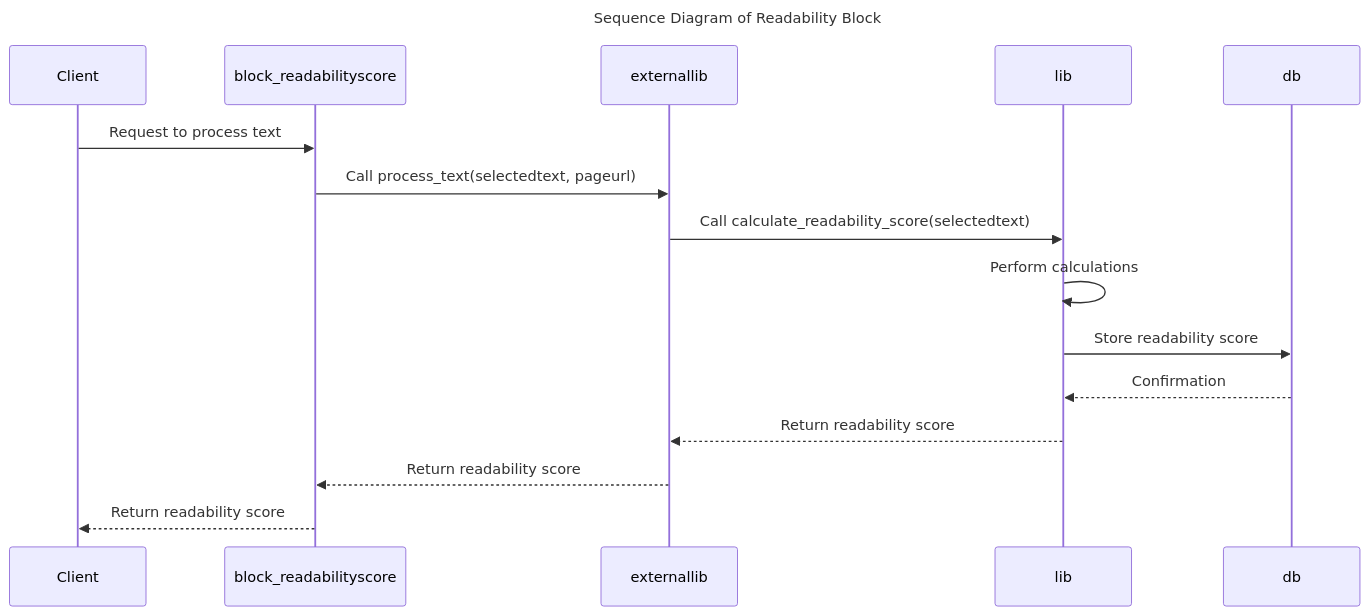
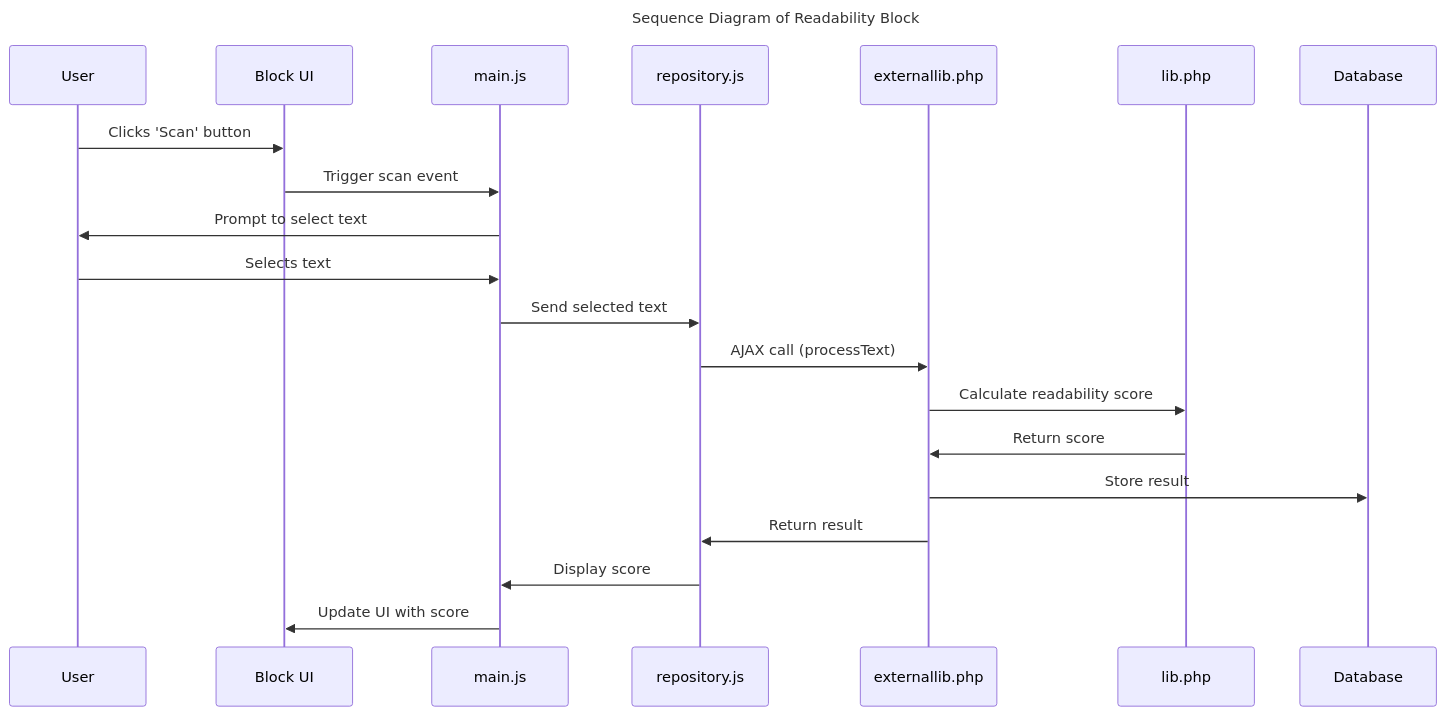
Before and after one commit to anrichp/Computing-Project-2024: the third of 6 diagrams in README.md, drawn with Mermaid. The commit also changed other lines of this file, not shown here.

Commit message:
update sequence and class diagram

````diff
--- a/README.md
+++ b/README.md
@@ -105,21 +123,26 @@
 ```mermaid
 ---
 title: Sequence Diagram of Readability Block
 ---
 sequenceDiagram
-    participant Client
-    participant block_readabilityscore
-    participant externallib
-    participant lib
-    participant db
+    participant User
+    participant Block UI
+    participant main.js
+    participant repository.js
+    participant externallib.php
+    participant lib.php
+    participant Database
 
-    Client ->> block_readabilityscore: Request to process text
-    block_readabilityscore ->> externallib: Call process_text(selectedtext, pageurl)
-    externallib ->> lib: Call calculate_readability_score(selectedtext)
-    lib ->> lib: Perform calculations
-    lib ->> db: Store readability score
-    db -->> lib: Confirmation
-    lib -->> externallib: Return readability score
-    externallib -->> block_readabilityscore: Return readability score
-    block_readabilityscore -->> Client: Return readability score
+    User->>Block UI: Clicks 'Scan' button
+    Block UI->>main.js: Trigger scan event
+    main.js->>User: Prompt to select text
+    User->>main.js: Selects text
+    main.js->>repository.js: Send selected text
+    repository.js->>externallib.php: AJAX call (processText)
+    externallib.php->>lib.php: Calculate readability score
+    lib.php->>externallib.php: Return score
+    externallib.php->>Database: Store result
+    externallib.php->>repository.js: Return result
+    repository.js->>main.js: Display score
+    main.js->>Block UI: Update UI with score
 ```
````
